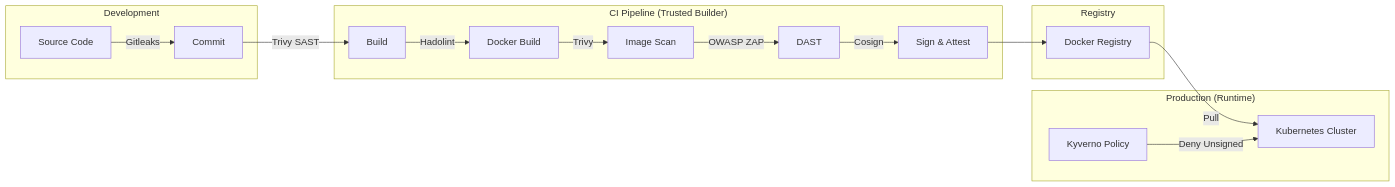
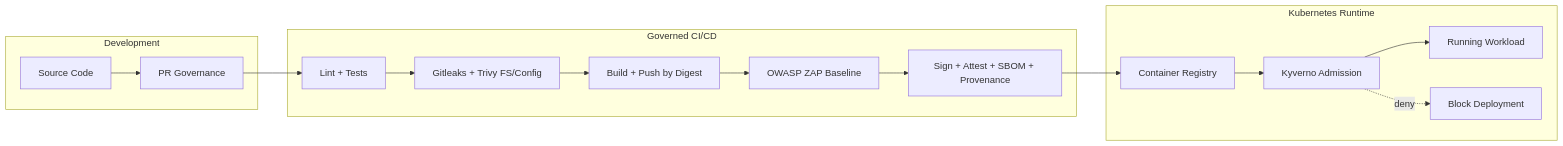
Before and after one commit to agslima/software-delivery-pipeline: the diagram in docs/threat-model.md, drawn with Mermaid. The commit also changed other lines of this file and 154 other files, not shown here.

````diff
--- a/docs/threat-model.md
+++ b/docs/threat-model.md
@@ -94,23 +97,22 @@
 ```mermaid
 flowchart LR
-    subgraph "Development"
-        Code[Source Code] -->|Gitleaks| Commit
+    subgraph Development
+        Code[Source Code] --> PR[PR Governance]
     end
 
-    subgraph "CI Pipeline (Trusted Builder)"
-        Commit -->|Trivy SAST| Build
-        Build -->|Hadolint| Docker[Docker Build]
-        Docker -->|Trivy| Scan[Image Scan]
-        Scan -->|OWASP ZAP| DAST
-        DAST -->|Cosign| Sign[Sign & Attest]
+    subgraph CI[Governed CI/CD]
+        PR --> Q[Lint + Tests]
+        Q --> S1[Gitleaks + Trivy FS/Config]
+        S1 --> Build[Build + Push by Digest]
+        Build --> DAST[OWASP ZAP Baseline]
+        DAST --> SA[Sign + Attest + SBOM + Provenance]
     end
 
-    subgraph "Registry"
-        Sign --> Reg[Docker Registry]
-    end
+    SA --> Reg[Container Registry]
 
-    subgraph "Production (Runtime)"
-        Reg -->|Pull| K8s[Kubernetes Cluster]
-        Policy[Kyverno Policy] -- Deny Unsigned --> K8s
+    subgraph Runtime[Kubernetes Runtime]
+        Reg --> Adm[Kyverno Admission]
+        Adm --> Workload[Running Workload]
+        Adm -. deny .-> Block[Block Deployment]
     end
 ```
````
